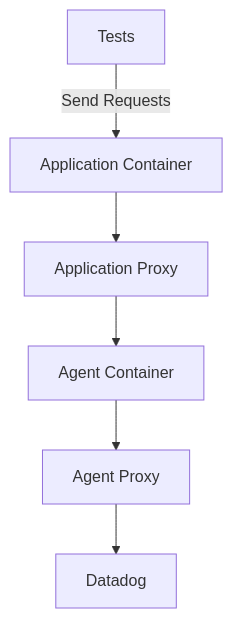
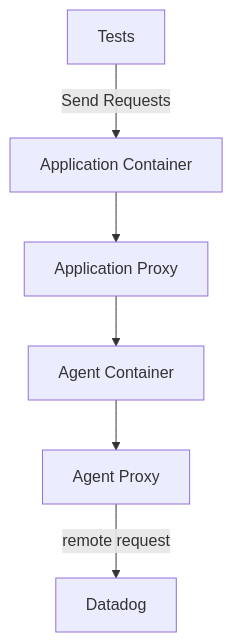
Before and after one commit to DataDog/system-tests: the first of 2 diagrams in docs/architecture/overview.md, drawn with Mermaid. The commit also changed other lines of this file, not shown here.

````diff
--- a/docs/architecture/overview.md
+++ b/docs/architecture/overview.md
@@ -24,9 +24,9 @@
 ```mermaid
 flowchart TD
     TESTS[Tests] -->|Send Requests| APP
     APP[Application Container] --> APPPROXY
     APPPROXY[Application Proxy] --> AGENT
     AGENT[Agent Container] --> AGENTPROXY
-    AGENTPROXY[Agent Proxy] --> BACKEND
+    AGENTPROXY[Agent Proxy] -->|remote request| BACKEND
     BACKEND[Datadog]
 ```
````
